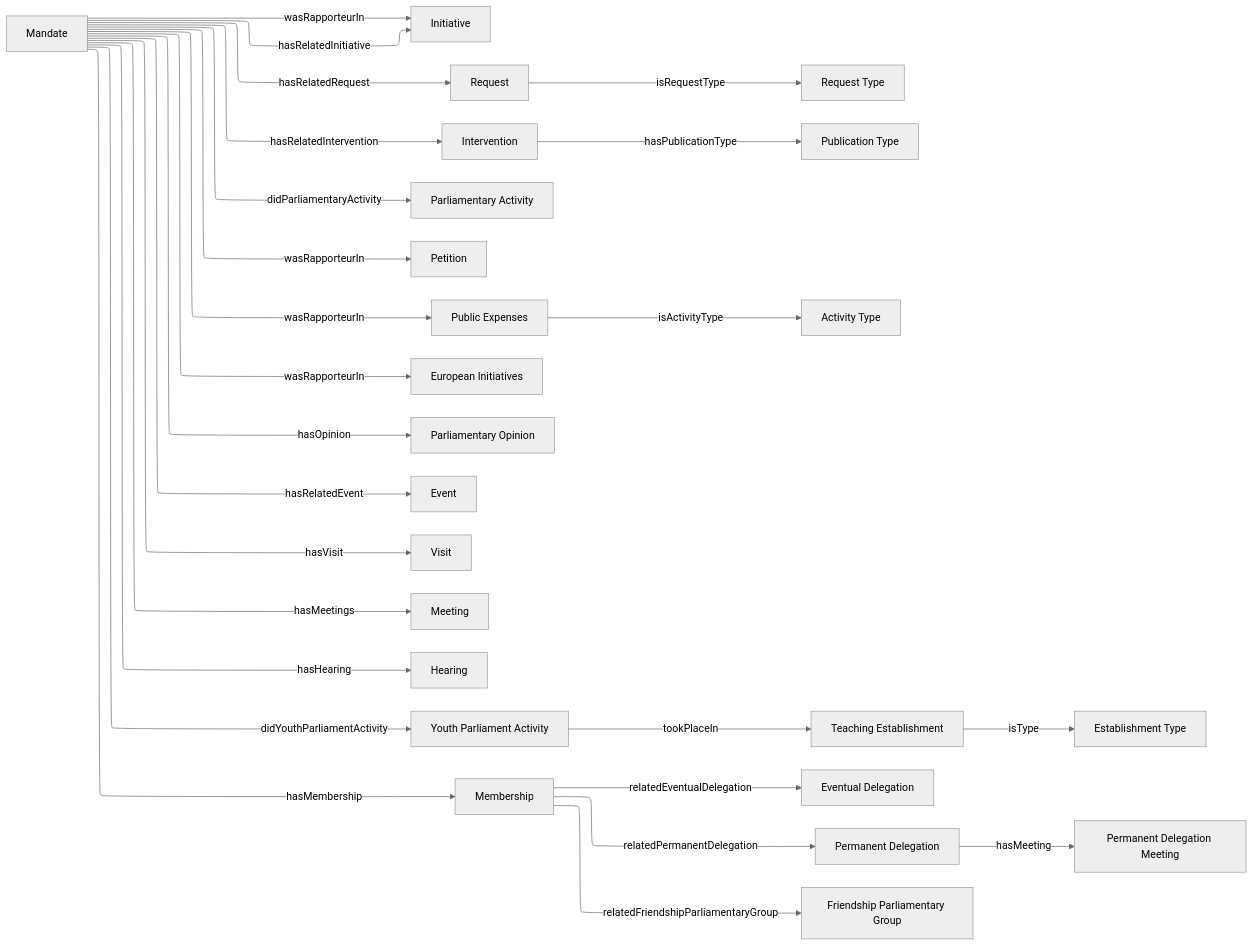
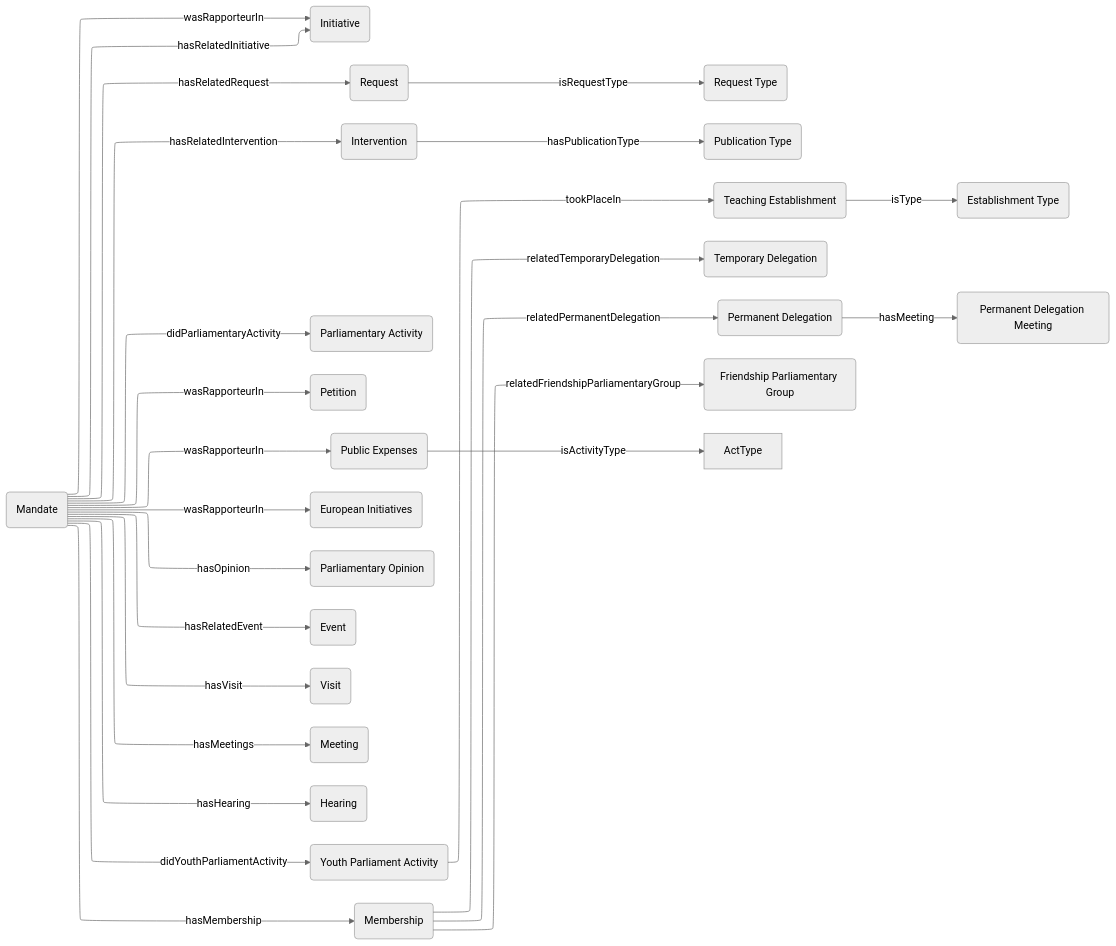
The diagram in OpenDataGOV-AP/DataModel/mp-activity/mp-activity.mermaid (politrackpt/ontologies), drawn with Mermaid (neutral theme) before and after one commit. The commit also changed 1 other file, not shown here.

Commit message:
AP: update mp-activity diagram

```diff
--- a/OpenDataGOV-AP/DataModel/mp-activity/mp-activity.mermaid
+++ b/OpenDataGOV-AP/DataModel/mp-activity/mp-activity.mermaid
@@ -1,26 +1,50 @@
 ---
 config:
   layout: elk
 ---
 flowchart LR
-    Mandate["Mandate"] -- hasRelatedInitiative --> Ini["Initiative"]
-    Mandate -- hasRelatedRequest --> Req["Request"]
-    Req -- isRequestType --> reqtype["Request Type"]
-    Mandate -- hasRelatedIntervention --> Interv["Intervention"]
-    Interv -- hasPublicationType  --> PubType["Publication Type"]
-    Mandate -- didParliamentaryActivity --> PAct["Parliamentary Activity"]
-    Mandate -- wasRapporteurIn --> Ini & Pet["Petition"] & PE["Public Expenses"] & EUINI["European Initiatives"]
-    PE -- isActivityType --> ActType["Activity Type"]
-    Mandate -- hasOpinion --> Opi["Parliamentary Opinion"]
-    Mandate -- hasRelatedEvent --> Event["Event"]
-    Mandate -- hasVisit --> Visit["Visit"]
-    Mandate -- hasMeetings --> Meet["Meeting"]
-    Mandate -- hasHearing --> Hear["Hearing"]
-    Mandate -- didYouthParliamentActivity --> YPA["Youth Parliament Activity"]
-    YPA -- tookPlaceIn --> TeaEs["Teaching Establishment"]
-    TeaEs -- isType --> EsType["Establishment Type"]
-    Mandate -- hasMembership --> Mem["Membership"]
-    Mem -- relatedEventualDelegation --> DelE["Eventual Delegation"]
-    Mem -- relatedPermanentDelegation --> DelP["Permanent Delegation"]
-    Mem -- relatedFriendshipParliamentaryGroup --> FPG["Friendship Parliamentary Group"]
-    DelP -- hasMeeting --> DelPM["Permanent Delegation Meeting"]
+    Mandate("Mandate")
+    Ini("Initiative")
+    Req("Request")
+    reqtype("Request Type")
+    Interv("Intervention")
+    PubType("Publication Type")
+    PAct("Parliamentary Activity")
+    Pet("Petition")
+    PE("Public Expenses")
+    EUINI("European Initiatives")
+    Opi("Parliamentary Opinion")
+    Event("Event")
+    Visit("Visit")
+    Meet("Meeting")
+    Hear("Hearing")
+    YPA("Youth Parliament Activity")
+    TeaEs("Teaching Establishment")
+    EsType("Establishment Type")
+    Mem("Membership")
+    DelE("Temporary Delegation")
+    DelP("Permanent Delegation")
+    FPG("Friendship Parliamentary Group")
+    DelPM("Permanent Delegation Meeting")
+
+    Mandate -- hasRelatedInitiative --> Ini
+    Mandate -- hasRelatedRequest --> Req
+    Req -- isRequestType --> reqtype
+    Mandate -- hasRelatedIntervention --> Interv
+    Interv -- hasPublicationType  --> PubType
+    Mandate -- didParliamentaryActivity --> PAct
+    Mandate -- wasRapporteurIn --> Ini & Pet & PE & EUINI
+    PE -- isActivityType --> ActType
+    Mandate -- hasOpinion --> Opi
+    Mandate -- hasRelatedEvent --> Event
+    Mandate -- hasVisit --> Visit
+    Mandate -- hasMeetings --> Meet
+    Mandate -- hasHearing --> Hear
+    Mandate -- didYouthParliamentActivity --> YPA
+    YPA -- tookPlaceIn --> TeaEs
+    TeaEs -- isType --> EsType
+    Mandate -- hasMembership --> Mem
+    Mem -- relatedTemporaryDelegation --> DelE
+    Mem -- relatedPermanentDelegation --> DelP
+    Mem -- relatedFriendshipParliamentaryGroup --> FPG
+    DelP -- hasMeeting --> DelPM
```
